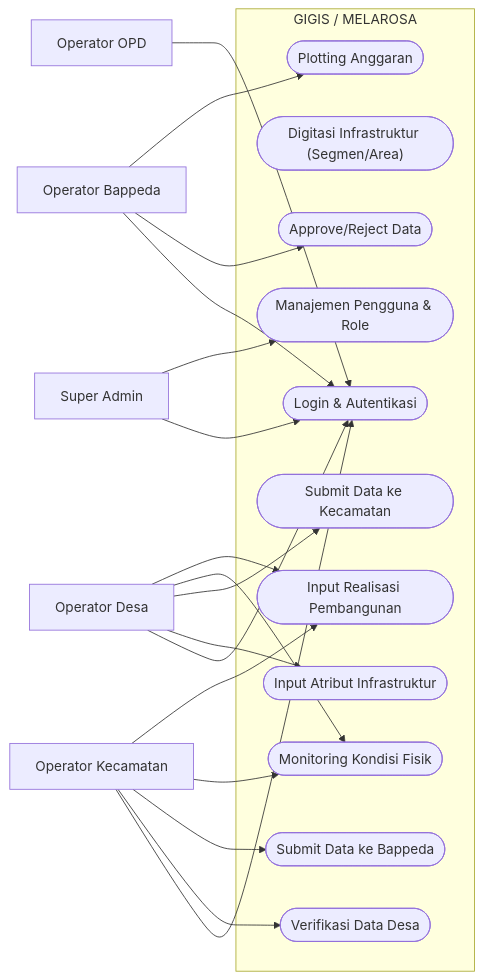
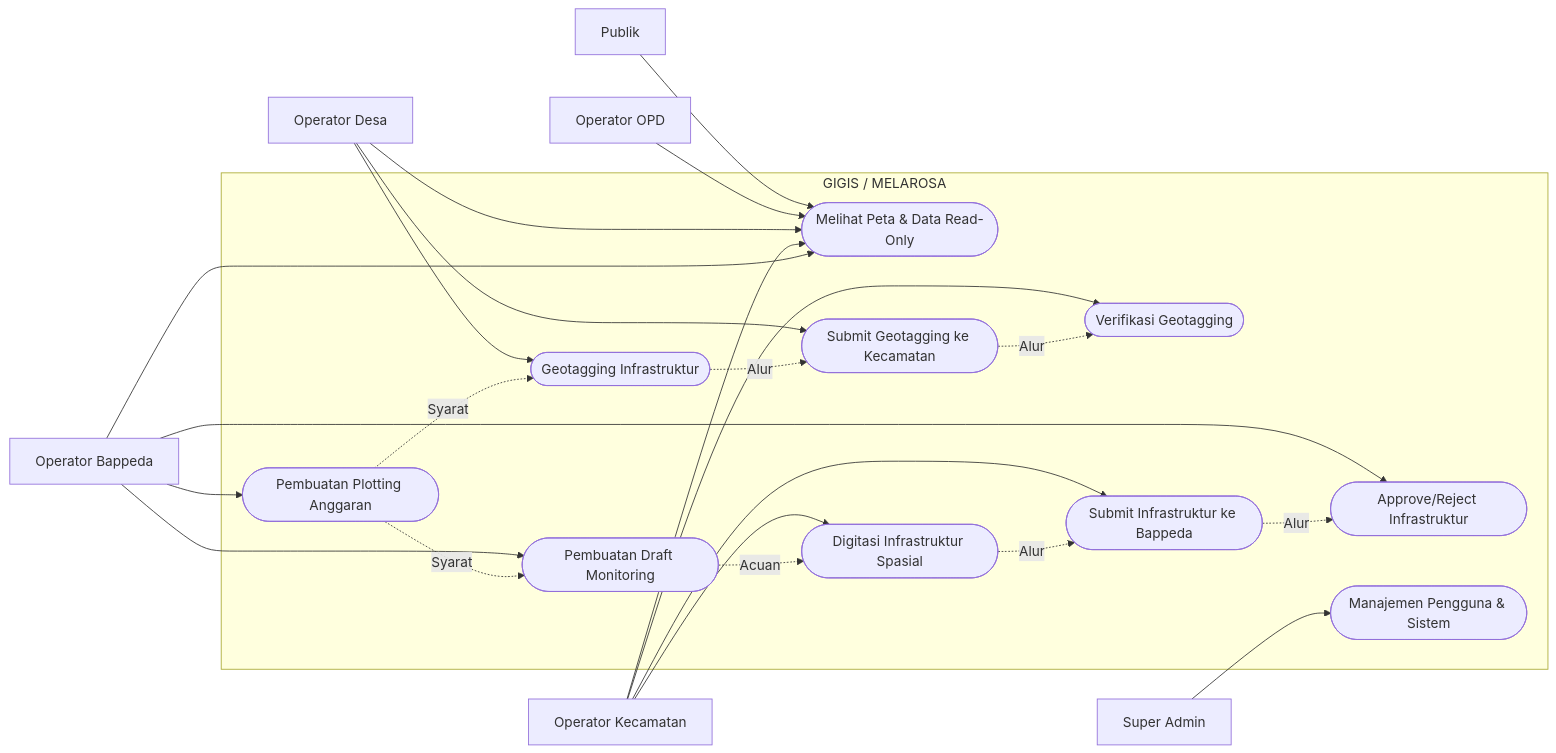
The diagram in 03-use-cases/README.md (rozakrmdhn/gigis-arsitektur), drawn with Mermaid before and after one commit. The commit also changed other lines of this file, not shown here.

Commit message:
docs: perbarui diagram dan deskripsi Use Cases sesuai alur bisnis baru

````diff
--- a/03-use-cases/README.md
+++ b/03-use-cases/README.md
@@ -7,49 +7,61 @@
 ```mermaid
 flowchart LR
     %% Actors
+    PB["Publik"]
     OD["Operator Desa"]
     OK["Operator Kecamatan"]
     OB["Operator Bappeda"]
     OP["Operator OPD"]
     SA["Super Admin"]
 
     subgraph "GIGIS / MELAROSA"
-        UC1(["Login & Autentikasi"])
+        UC0(["Melihat Peta & Data Read-Only"])
+
+        UC1(["Pembuatan Plotting Anggaran"])
         
-        UC2(["Digitasi Infrastruktur (Segmen/Area)"])
-        UC3(["Input Atribut Infrastruktur"])
-        UC4(["Submit Data ke Kecamatan"])
+        UC2(["Geotagging Infrastruktur"])
+        UC3(["Submit Geotagging ke Kecamatan"])
         
-        UC5(["Verifikasi Data Desa"])
-        UC6(["Submit Data ke Bappeda"])
+        UC4(["Verifikasi Geotagging"])
         
-        UC7(["Approve/Reject Data"])
-        UC8(["Plotting Anggaran"])
+        UC5(["Pembuatan Draft Monitoring"])
         
-        UC9(["Monitoring Kondisi Fisik"])
-        UC10(["Input Realisasi Pembangunan"])
+        UC6(["Digitasi Infrastruktur Spasial"])
+        UC7(["Submit Infrastruktur ke Bappeda"])
         
-        UC11(["Manajemen Pengguna & Role"])
+        UC8(["Approve/Reject Infrastruktur"])
+        
+        UC9(["Manajemen Pengguna & Sistem"])
     end
 
-    OD --> UC1
-    OK --> UC1
+    PB --> UC0
+    OP --> UC0
+    OD --> UC0
+    OK --> UC0
+    OB --> UC0
+
     OB --> UC1
-    OP --> UC1
-    SA --> UC1
+    
+    OD --> UC2
+    OD --> UC3
+    
+    OK --> UC4
+    
+    OB --> UC5
+    
+    OK --> UC6
+    OK --> UC7
+    
+    OB --> UC8
+    
+    SA --> UC9
 
-    OD --> UC3
-    OD --> UC4
-    OD --> UC9
-    OD --> UC10
-
-    OK --> UC5
-    OK --> UC6
-    OK --> UC9
-    OK --> UC10
-
-    OB --> UC7
-    OB --> UC8
-
-    SA --> UC11
+    %% Dependencies
+    UC1 -.->|Syarat| UC2
+    UC2 -.->|Alur| UC3
+    UC3 -.->|Alur| UC4
+    UC1 -.->|Syarat| UC5
+    UC5 -.->|Acuan| UC6
+    UC6 -.->|Alur| UC7
+    UC7 -.->|Alur| UC8
 ```
````
